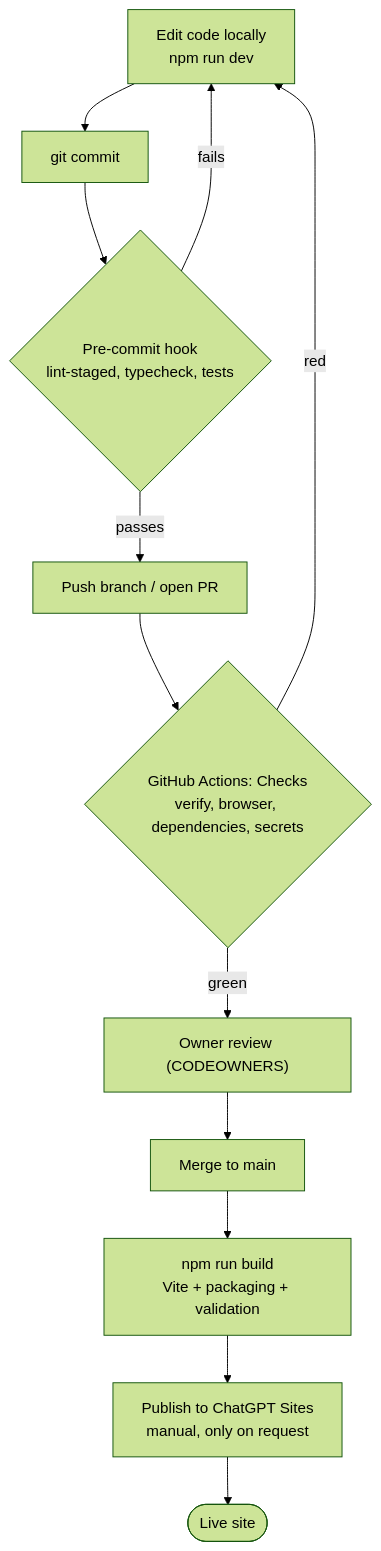
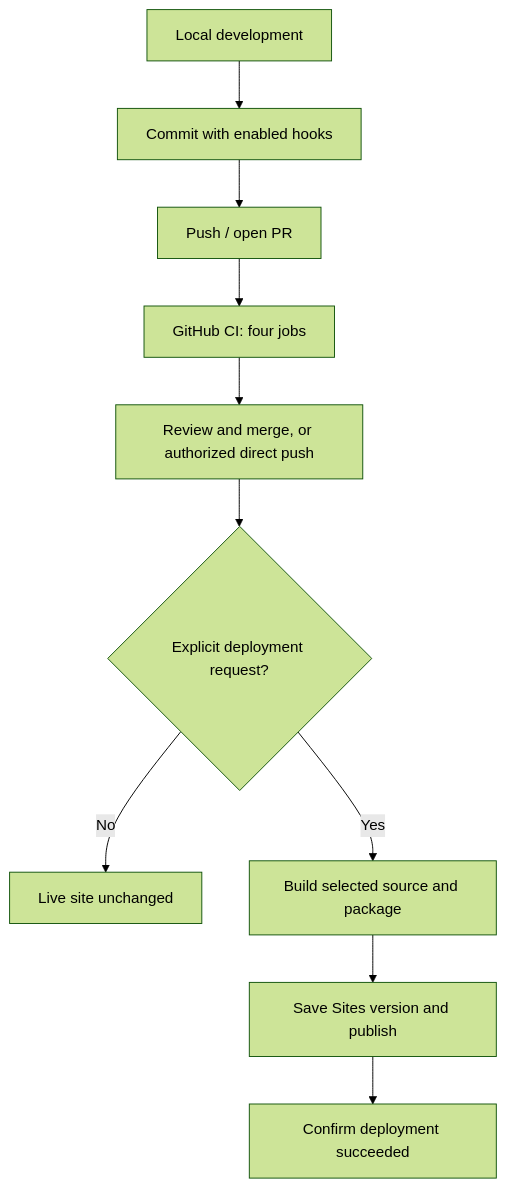
One commit to Quadrified/clearspace-matrix changed the second of 2 diagrams in docs/OVERVIEW.md. Above: the diagram before and after it, drawn with Mermaid (forest theme). The commit also changed other lines of this file and 2 other files, not shown here.

Commit message:
Refresh architecture, deployment, and contributor overview

````diff
--- a/docs/OVERVIEW.md
+++ b/docs/OVERVIEW.md
@@ -90,14 +80,12 @@
 ```mermaid
 flowchart TD
-  edit["Edit code locally<br/>npm run dev"] --> commit["git commit"]
-  commit --> hook{"Pre-commit hook<br/>lint-staged, typecheck, tests"}
-  hook -->|fails| edit
-  hook -->|passes| push["Push branch / open PR"]
-  push --> ci{"GitHub Actions: Checks<br/>verify, browser, dependencies, secrets"}
-  ci -->|red| edit
-  ci -->|green| review["Owner review (CODEOWNERS)"]
-  review --> merge["Merge to main"]
-  merge --> build["npm run build<br/>Vite + packaging + validation"]
-  build --> publish["Publish to ChatGPT Sites<br/>manual, only on request"]
-  publish --> live(["Live site"])
+  edit["Local development"] --> commit["Commit with enabled hooks"]
+  commit --> push["Push / open PR"]
+  push --> ci["GitHub CI: four jobs"]
+  ci --> review["Review and merge, or authorized direct push"]
+  review --> request{"Explicit deployment request?"}
+  request -->|No| unchanged["Live site unchanged"]
+  request -->|Yes| build["Build selected source and package"]
+  build --> publish["Save Sites version and publish"]
+  publish --> live["Confirm deployment succeeded"]
 ```
````
